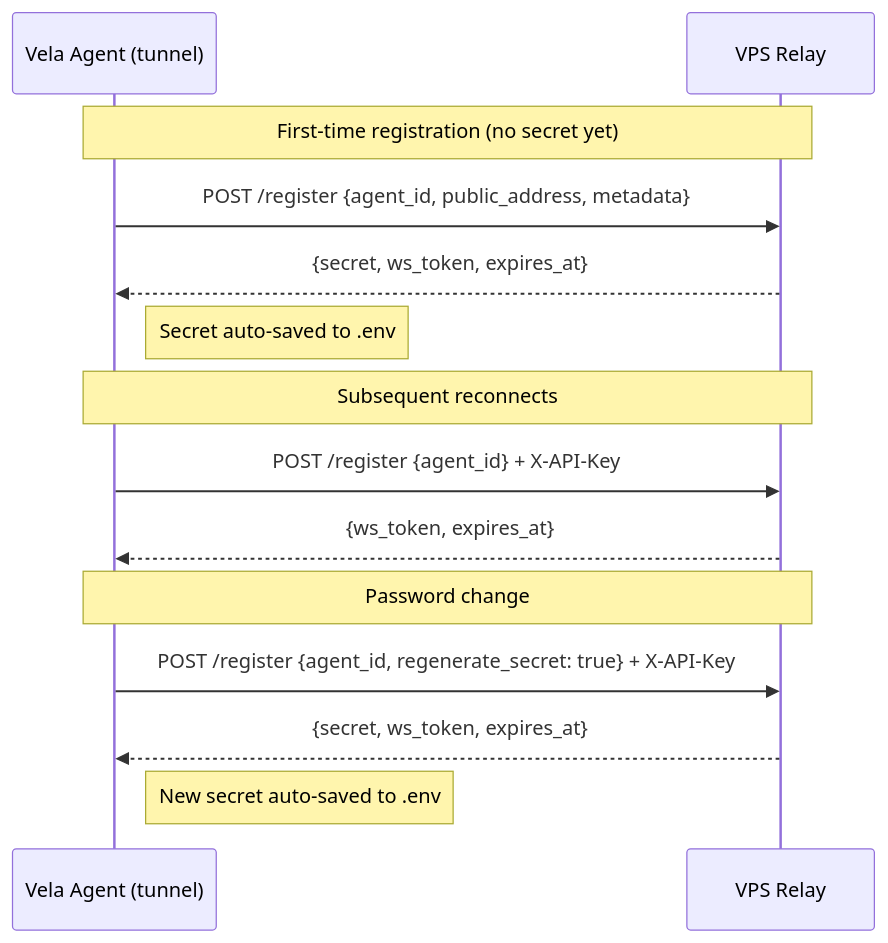
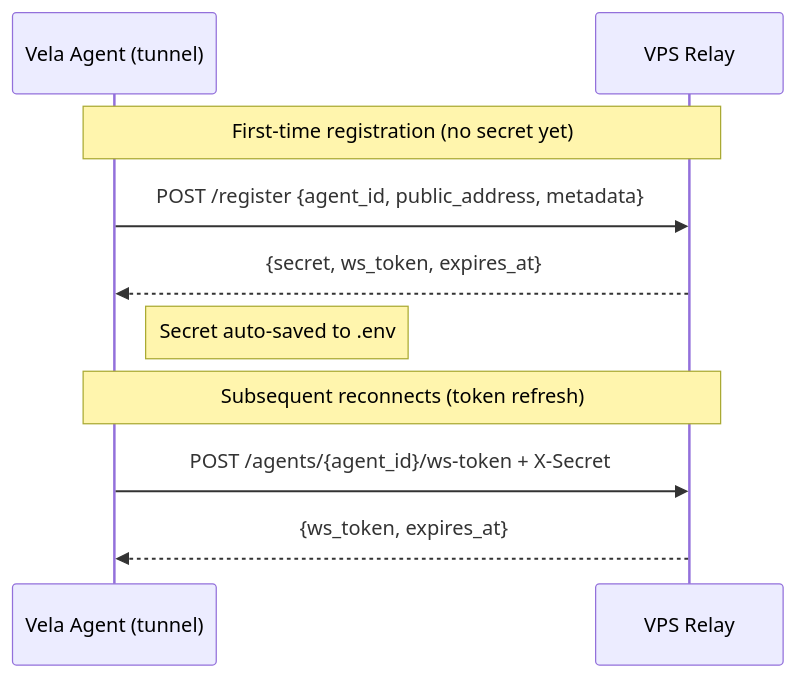
Before and after one commit to mikesplore/vela: the third of 3 diagrams in README.md, drawn with Mermaid. The commit also changed other lines of this file and 36 other files, not shown here.

````diff
--- a/README.md
+++ b/README.md
@@ -69,19 +69,15 @@
 ```mermaid
 sequenceDiagram
     participant Agent as Vela Agent (tunnel)
     participant VPS as VPS Relay
 
     Note over Agent,VPS: First-time registration (no secret yet)
     Agent->>VPS: POST /register {agent_id, public_address, metadata}
     VPS-->>Agent: {secret, ws_token, expires_at}
     Note right of Agent: Secret auto-saved to .env
 
-    Note over Agent,VPS: Subsequent reconnects
-    Agent->>VPS: POST /register {agent_id} + X-API-Key
+    Note over Agent,VPS: Subsequent reconnects (token refresh)
+    Agent->>VPS: POST /agents/{agent_id}/ws-token + X-Secret
     VPS-->>Agent: {ws_token, expires_at}
 
-    Note over Agent,VPS: Password change
-    Agent->>VPS: POST /register {agent_id, regenerate_secret: true} + X-API-Key
-    VPS-->>Agent: {secret, ws_token, expires_at}
-    Note right of Agent: New secret auto-saved to .env
 ```
````
